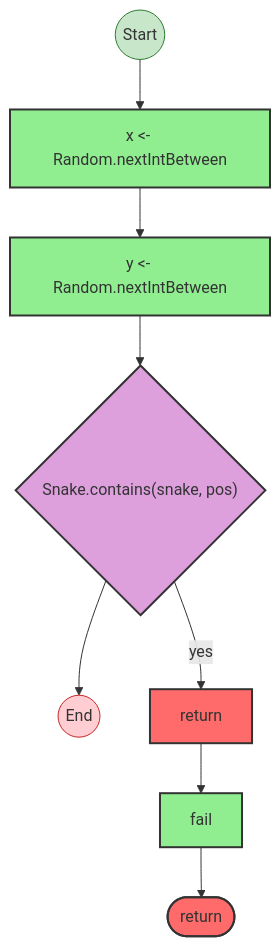
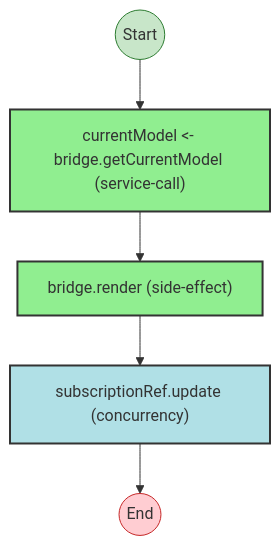
The second of 2 diagrams in apps/docs/src/content/docs/case-studies/foldkit.mdx (jagreehal/effect-analyzer), drawn with Mermaid before and after one commit. The commit also changed other lines of this file and 25 other files, not shown here.

````diff
--- a/apps/docs/src/content/docs/case-studies/foldkit.mdx
+++ b/apps/docs/src/content/docs/case-studies/foldkit.mdx
@@ -86,34 +226,29 @@
 ```mermaid
 flowchart TB
+
+  %% Program: resume
+
   start((Start))
   end_node((End))
 
-  n2["x <- Random.nextIntBetween"]
-  n3["y <- Random.nextIntBetween"]
-  decision_5{"Snake.contains(snake, pos)"}
-  n6["return"]
-  term_7(["return"])
-  n8["fail"]
+  n2["currentModel <- bridge.getCurrentModel (service-call)"]
+  n3["bridge.render <unknown, never, never> (side-effect)"]
+  n4["subscriptionRef.update (concurrency)"]
 
+  %% Edges
   n2 --> n3
-  n6 --> n8
-  n8 --> term_7
-  decision_5 -->|yes| n6
-  n3 --> decision_5
+  n3 --> n4
   start --> n2
-  decision_5 --> end_node
+  n4 --> end_node
 
+  %% Styles
   classDef startStyle fill:#c8e6c9,stroke:#2e7d32
   classDef endStyle fill:#ffcdd2,stroke:#c62828
   classDef effectStyle fill:#90EE90,stroke:#333,stroke-width:2px
-  classDef decisionStyle fill:#DDA0DD,stroke:#333,stroke-width:2px
-  classDef terminalStyle fill:#FF6B6B,stroke:#333,stroke-width:2px
+  classDef concurrencyPrimitiveStyle fill:#B0E0E6,stroke:#333,stroke-width:2px
   class start startStyle
   class end_node endStyle
   class n2 effectStyle
   class n3 effectStyle
-  class decision_5 decisionStyle
-  class n6 terminalStyle
-  class term_7 terminalStyle
-  class n8 effectStyle
+  class n4 concurrencyPrimitiveStyle
 ```
````
